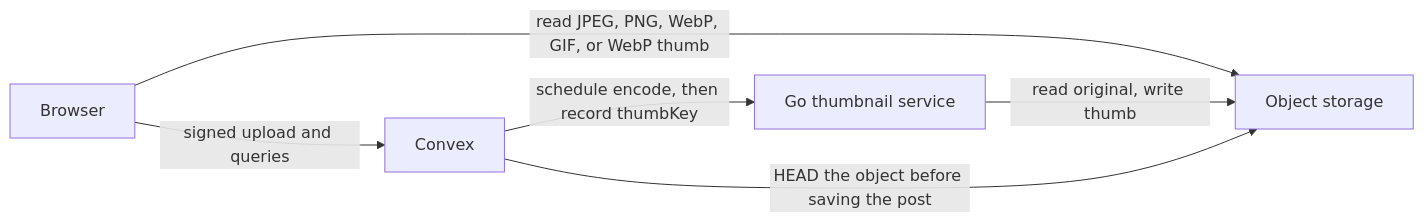
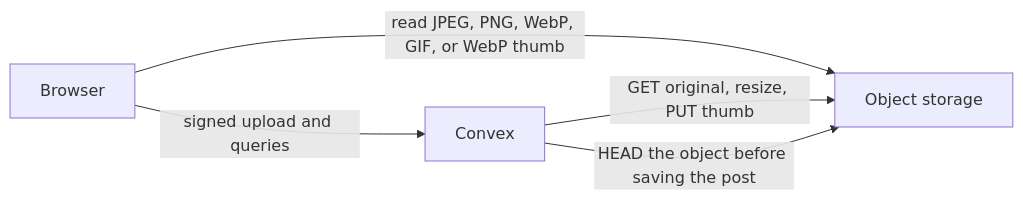
One commit to astra-chanUwU/kura-convex changed the first of 3 diagrams in docs/architecture.md. Above: the diagram before and after it, drawn with Mermaid. The commit also changed other lines of this file and 25 other files, not shown here.

Commit message:
Resize board thumbnails inside Convex so the deploy no longer needs a Go encoder.

````diff
--- a/docs/architecture.md
+++ b/docs/architecture.md
@@ -5,13 +5,11 @@
 ```mermaid
 flowchart LR
   browser["Browser"]
   convex["Convex"]
-  go["Go thumbnail service"]
   store["Object storage"]
 
   browser -->|"signed upload and queries"| convex
   browser -->|"read JPEG, PNG, WebP, GIF, or WebP thumb"| store
-  convex -->|"schedule encode, then record thumbKey"| go
-  go -->|"read original, write thumb"| store
+  convex -->|"GET original, resize, PUT thumb"| store
   convex -->|"HEAD the object before saving the post"| store
 ```
````
